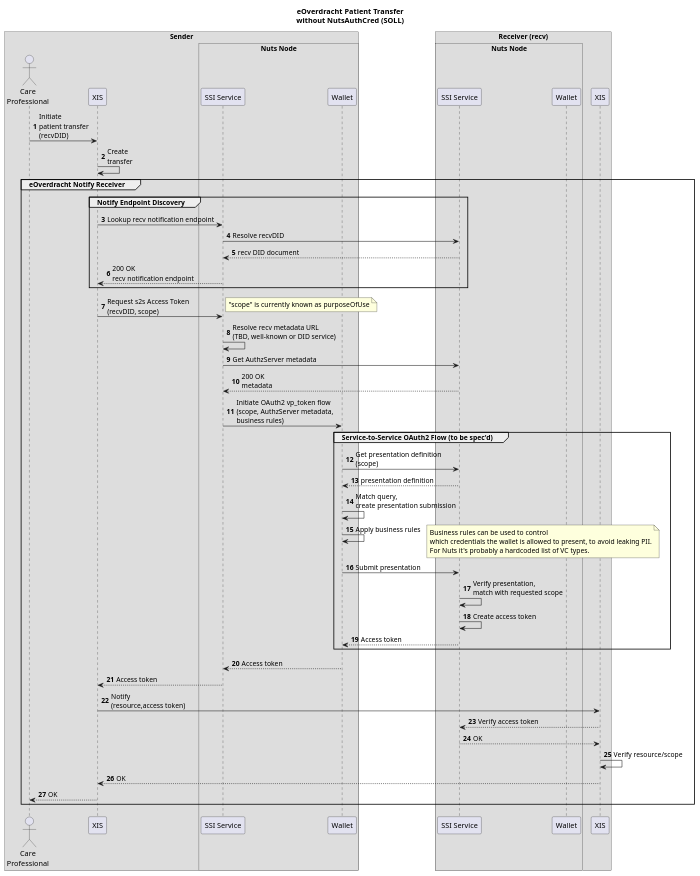
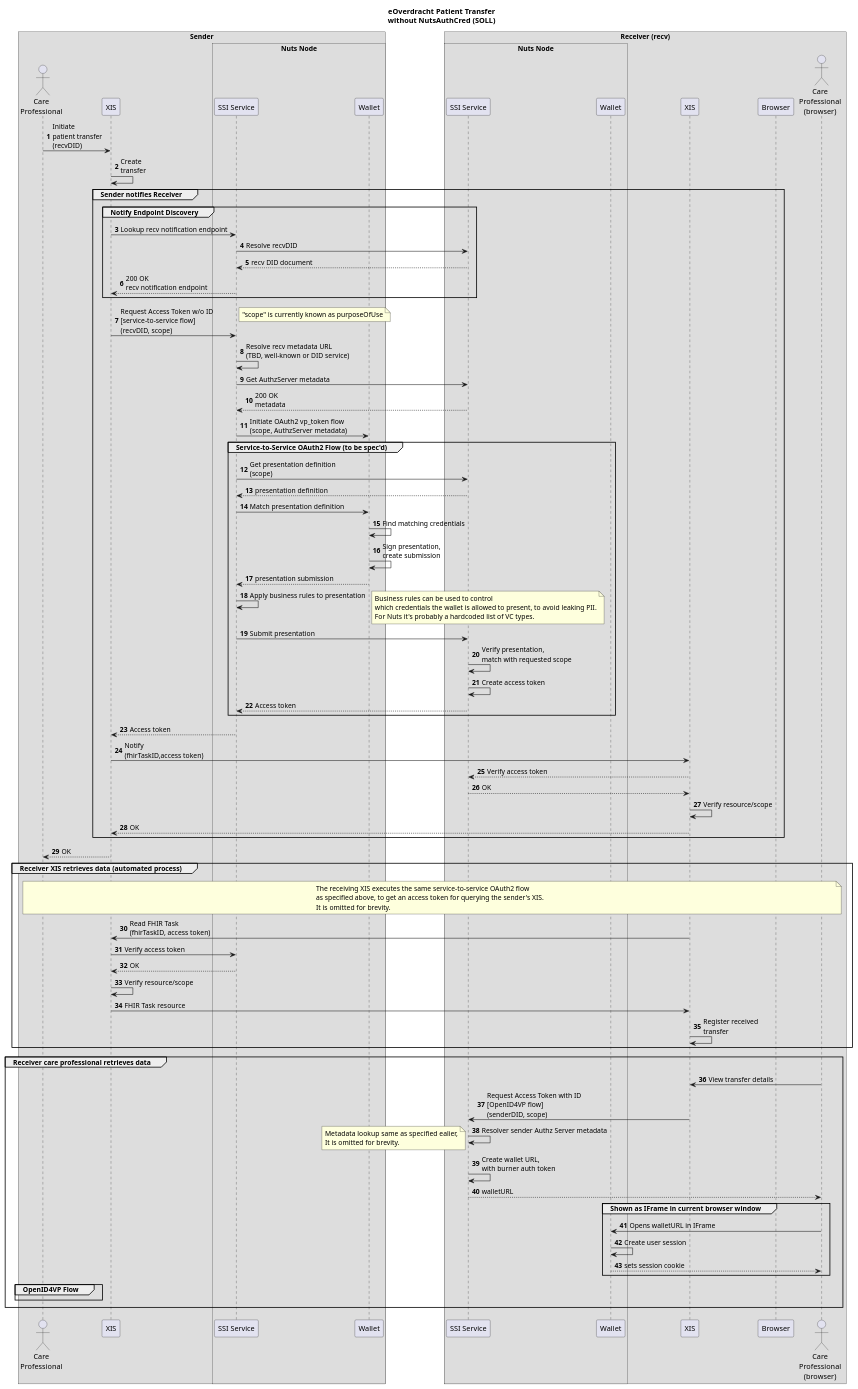
The diagram in docs/diagrams/openid4vc/eoverdracht-sd.puml (nuts-foundation/nuts-node), drawn with PlantUML before and after one commit. The commit also changed other lines of this file, not shown here.

```diff
--- a/docs/diagrams/openid4vc/eoverdracht-sd.puml
+++ b/docs/diagrams/openid4vc/eoverdracht-sd.puml
@@ -2,67 +1,102 @@
 @startuml
+!pragma teoz true
 autonumber
-!pragma teoz true
 
 
 title eOverdracht Patient Transfer\nwithout NutsAuthCred (SOLL)
 
 box Sender
     actor SenderCareProf as "Care\nProfessional"
     participant SenderXIS as "XIS"
     box Nuts Node
         participant SenderNode as "SSI Service"
         participant SenderWallet as "Wallet"
     end box
 end box
 box Receiver (recv)
     box Nuts Node
         participant ReceiverNode as "SSI Service"
         participant ReceiverWallet as "Wallet"
     end box
     participant ReceiverXIS as "XIS"
+    participant ReceiverBrowser as "Browser"
+    actor ReceiverCareProf as "Care\nProfessional\n(browser)"
 end box
 
 SenderCareProf -> SenderXIS : Initiate\npatient transfer\n(recvDID)
 SenderXIS -> SenderXIS : Create\ntransfer
-group eOverdracht Notify Receiver
+group Sender notifies Receiver
     group Notify Endpoint Discovery
         SenderXIS -> SenderNode : Lookup recv notification endpoint
         SenderNode -> ReceiverNode : Resolve recvDID
         ReceiverNode --> SenderNode : recv DID document
         SenderNode --> SenderXIS: 200 OK\nrecv notification endpoint
     end group
 
-    SenderXIS -> SenderNode : Request s2s Access Token\n(recvDID, scope)
+    SenderXIS -> SenderNode : Request Access Token w/o ID\n[service-to-service flow]\n(recvDID, scope)
     note right : "scope" is currently known as purposeOfUse
     SenderNode -> SenderNode : Resolve recv metadata URL\n(TBD, well-known or DID service)
     SenderNode -> ReceiverNode : Get AuthzServer metadata
     ReceiverNode --> SenderNode : 200 OK\nmetadata
-    SenderNode -> SenderWallet : Initiate OAuth2 vp_token flow\n(scope, AuthzServer metadata,\nbusiness rules)
+    SenderNode -> SenderWallet : Initiate OAuth2 vp_token flow\n(scope, AuthzServer metadata)
     group Service-to-Service OAuth2 Flow (to be spec'd)
-        SenderWallet -> ReceiverNode : Get presentation definition\n(scope)
-        ReceiverNode --> SenderWallet : presentation definition
-        SenderWallet -> SenderWallet : Match query,\ncreate presentation submission
-        SenderWallet -> SenderWallet : Apply business rules
+        SenderNode -> ReceiverNode : Get presentation definition\n(scope)
+        ReceiverNode --> SenderNode : presentation definition
+        SenderNode -> SenderWallet : Match presentation definition
+        SenderWallet -> SenderWallet : Find matching credentials
+        SenderWallet -> SenderWallet : Sign presentation,\ncreate submission
+        SenderWallet --> SenderNode : presentation submission
+        SenderNode -> SenderNode : Apply business rules to presentation
         note right
             Business rules can be used to control
             which credentials the wallet is allowed to present, to avoid leaking PII.
             For Nuts it's probably a hardcoded list of VC types.
         end note
-        SenderWallet -> ReceiverNode : Submit presentation
+        SenderNode -> ReceiverNode : Submit presentation
         ReceiverNode -> ReceiverNode : Verify presentation,\nmatch with requested scope
         ReceiverNode -> ReceiverNode : Create access token
-        ReceiverNode --> SenderWallet : Access token
+        ReceiverNode --> SenderNode : Access token
     end group
-    SenderWallet --> SenderNode : Access token
     SenderNode --> SenderXIS : Access token
-    SenderXIS -> ReceiverXIS : Notify\n(resource,access token)
+    SenderXIS -> ReceiverXIS : Notify\n(fhirTaskID,access token)
     ReceiverXIS --> ReceiverNode : Verify access token
     ReceiverNode --> ReceiverXIS : OK
     ReceiverXIS -> ReceiverXIS : Verify resource/scope
     ReceiverXIS --> SenderXIS : OK
-    SenderXIS --> SenderCareProf : OK
 end group
+SenderXIS --> SenderCareProf : OK
 
 
+group Receiver XIS retrieves data (automated process)
+    note across
+        The receiving XIS executes the same service-to-service OAuth2 flow
+        as specified above, to get an access token for querying the sender's XIS.
+        It is omitted for brevity.
+    end note
+    ReceiverXIS -> SenderXIS : Read FHIR Task\n(fhirTaskID, access token)
+    SenderXIS -> SenderNode : Verify access token
+    SenderNode --> SenderXIS : OK
+    SenderXIS -> SenderXIS : Verify resource/scope
+    SenderXIS -> ReceiverXIS : FHIR Task resource
+    ReceiverXIS -> ReceiverXIS : Register received\ntransfer
+end group
+group Receiver care professional retrieves data
+    ReceiverCareProf -> ReceiverXIS : View transfer details
+    ReceiverXIS -> ReceiverNode : Request Access Token with ID\n[OpenID4VP flow]\n(senderDID, scope)
+    ReceiverNode -> ReceiverNode : Resolver sender Authz Server metadata
+    note left
+        Metadata lookup same as specified ealier,
+        It is omitted for brevity.
+    end note
+    ReceiverNode -> ReceiverNode : Create wallet URL,\nwith burner auth token
+    ReceiverNode --> ReceiverCareProf : walletURL
+    group Shown as IFrame in current browser window
+        ReceiverCareProf -> ReceiverWallet : Opens walletURL in IFrame
+        ReceiverWallet -> ReceiverWallet : Create user session
+        ReceiverWallet --> ReceiverCareProf : sets session cookie
+    end group
+    group OpenID4VP Flow
 
+    end group
+end group
 @enduml
```
